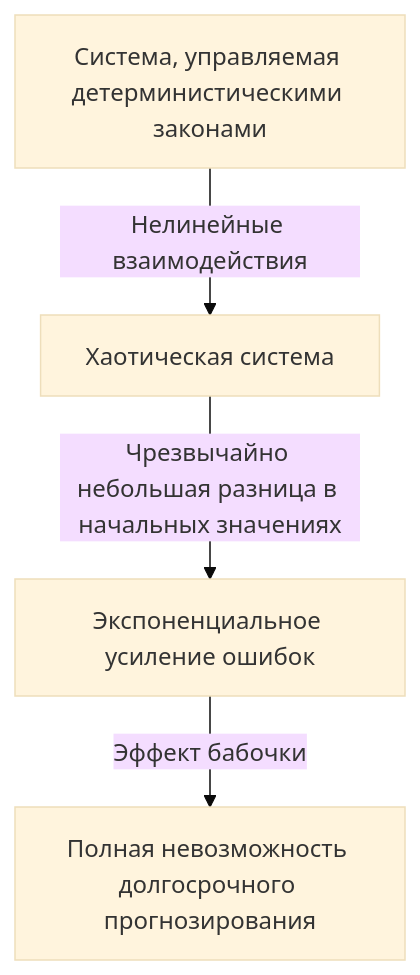
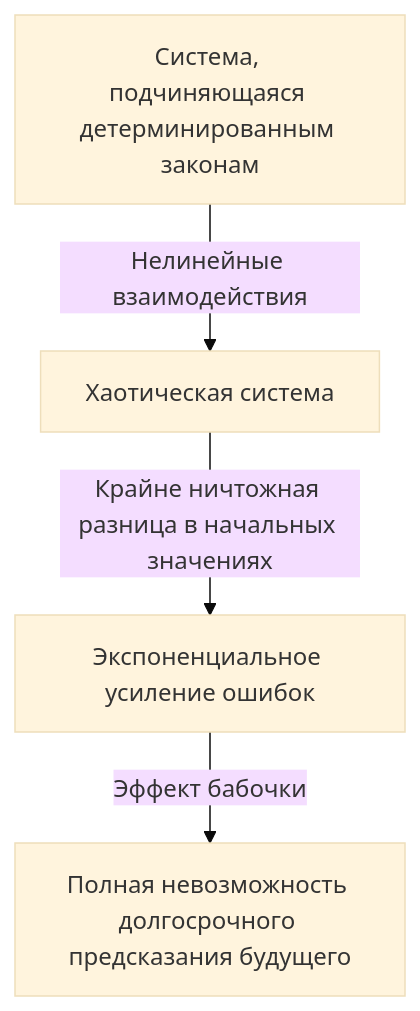
One commit to kenjinote/blog changed the first of 2 diagrams in content/post/chaos-theory/index.ru.md. Above: the diagram before and after it, drawn with Mermaid (base theme). The commit also changed other lines of this file and 97 other files, not shown here.

````diff
--- a/content/post/chaos-theory/index.ru.md
+++ b/content/post/chaos-theory/index.ru.md
@@ -38,6 +38,6 @@
 ```mermaid
 graph TD
-    A["Система, управляемая детерминистическими законами"] -->|"Нелинейные взаимодействия"| B["Хаотическая система"]
-    B -->|"Чрезвычайно небольшая разница в начальных значениях"| C["Экспоненциальное усиление ошибок"]
-    C -->|"Эффект бабочки"| D["Полная невозможность долгосрочного прогнозирования"]
+    A["Система, подчиняющаяся детерминированным законам"] -->|"Нелинейные взаимодействия"| B["Хаотическая система"]
+    B -->|"Крайне ничтожная разница в начальных значениях"| C["Экспоненциальное усиление ошибок"]
+    C -->|"Эффект бабочки"| D["Полная невозможность долгосрочного предсказания будущего"]
 ```
````
